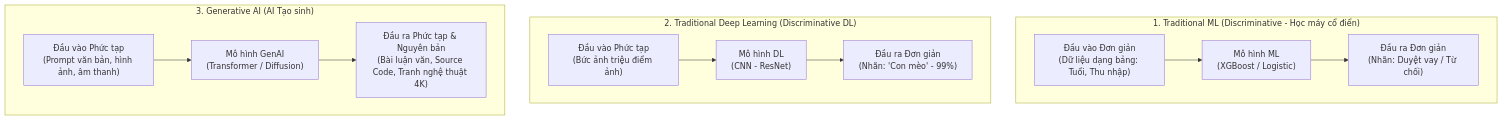
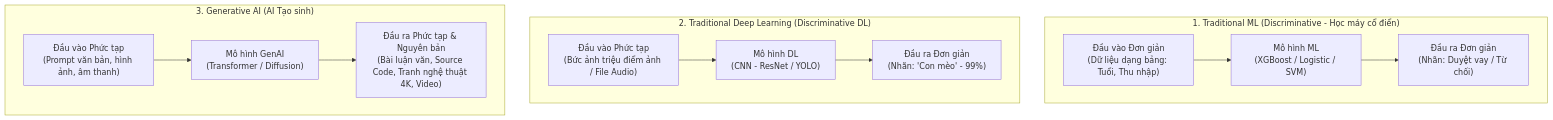
One commit to nxthanh2904/nca-genl changed the first of 5 diagrams in Module_03_Generative_AI_and_LLM.md. Above: the diagram before and after it, drawn with Mermaid. The commit also changed other lines of this file and 11 other files, not shown here.

````diff
--- a/Module_03_Generative_AI_and_LLM.md
+++ b/Module_03_Generative_AI_and_LLM.md
@@ -20,17 +20,17 @@
 ```mermaid
 flowchart TD
     subgraph TradML["1. Traditional ML (Discriminative - Học máy cổ điển)"]
         direction LR
-        I1["Đầu vào Đơn giản<br/>(Dữ liệu dạng bảng: Tuổi, Thu nhập)"] --> M1["Mô hình ML<br/>(XGBoost / Logistic)"] --> O1["Đầu ra Đơn giản<br/>(Nhãn: Duyệt vay / Từ chối)"]
+        I1["Đầu vào Đơn giản<br/>(Dữ liệu dạng bảng: Tuổi, Thu nhập)"] --> M1["Mô hình ML<br/>(XGBoost / Logistic / SVM)"] --> O1["Đầu ra Đơn giản<br/>(Nhãn: Duyệt vay / Từ chối)"]
     end
 
     subgraph TradDL["2. Traditional Deep Learning (Discriminative DL)"]
         direction LR
-        I2["Đầu vào Phức tạp<br/>(Bức ảnh triệu điểm ảnh)"] --> M2["Mô hình DL<br/>(CNN - ResNet)"] --> O2["Đầu ra Đơn giản<br/>(Nhãn: 'Con mèo' - 99%)"]
+        I2["Đầu vào Phức tạp<br/>(Bức ảnh triệu điểm ảnh / File Audio)"] --> M2["Mô hình DL<br/>(CNN - ResNet / YOLO)"] --> O2["Đầu ra Đơn giản<br/>(Nhãn: 'Con mèo' - 99%)"]
     end
 
     subgraph GenAI_Flow["3. Generative AI (AI Tạo sinh)"]
         direction LR
-        I3["Đầu vào Phức tạp<br/>(Prompt văn bản, hình ảnh, âm thanh)"] --> M3["Mô hình GenAI<br/>(Transformer / Diffusion)"] --> O3["Đầu ra Phức tạp & Nguyên bản<br/>(Bài luận văn, Source Code, Tranh nghệ thuật 4K)"]
+        I3["Đầu vào Phức tạp<br/>(Prompt văn bản, hình ảnh, âm thanh)"] --> M3["Mô hình GenAI<br/>(Transformer / Diffusion)"] --> O3["Đầu ra Phức tạp & Nguyên bản<br/>(Bài luận văn, Source Code, Tranh nghệ thuật 4K, Video)"]
     end
 ```
````
